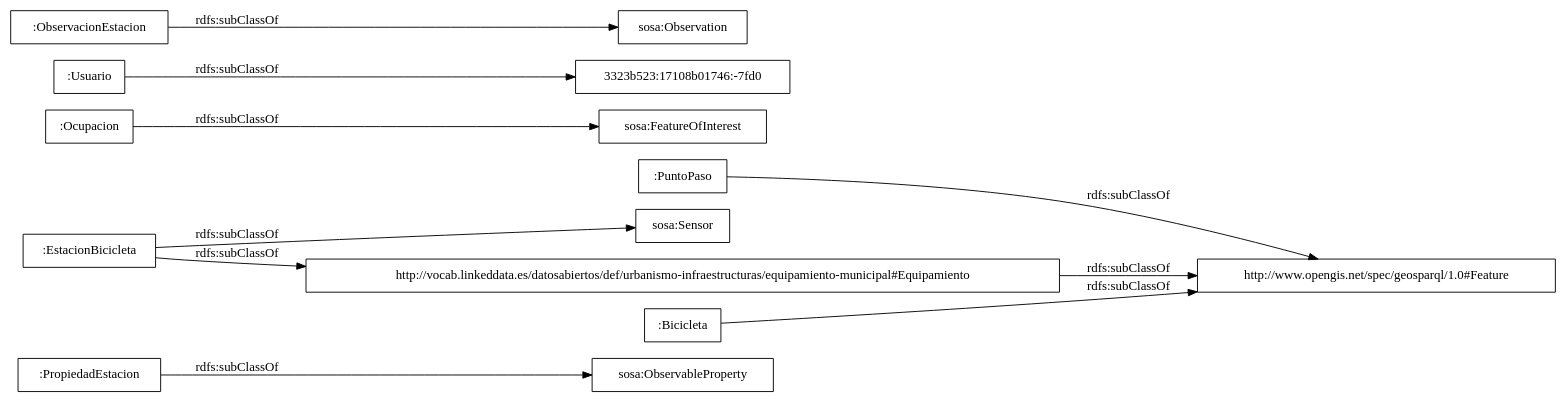
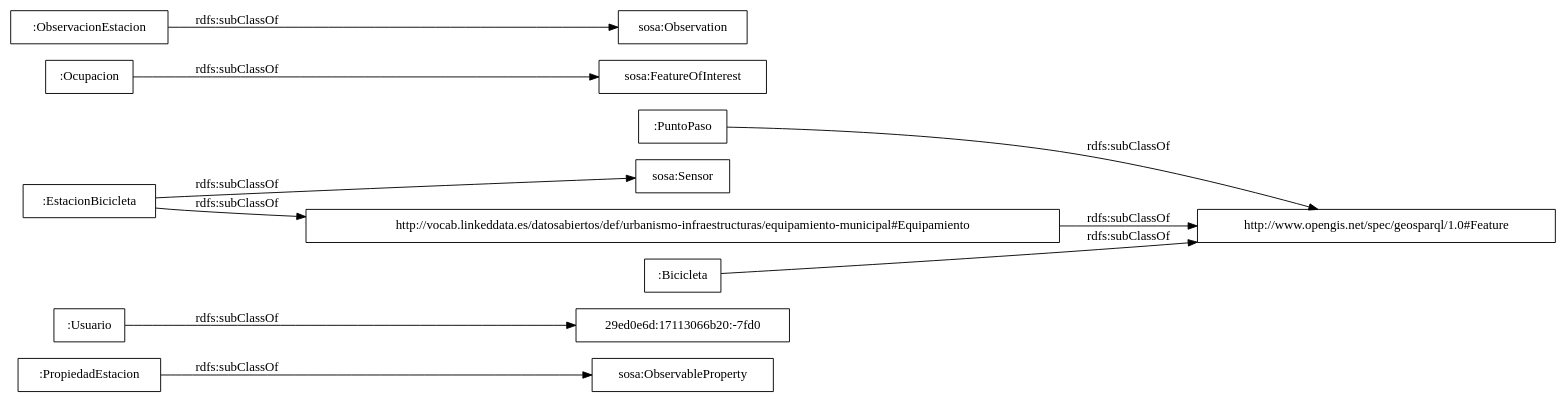
Before and after one commit to leticiarubalcabadg/vocab-transporte-bicicleta-publica: the diagram in OnToology/Ontology/bicicleta-publica.owl/diagrams/ar2dtool-taxonomy/bicicleta-publica.owl.png.dot, drawn with Graphviz. The commit also changed 11 other files, not shown here.

```diff
--- a/OnToology/Ontology/bicicleta-publica.owl/diagrams/ar2dtool-taxonomy/bicicleta-publica.owl.png.dot
+++ b/OnToology/Ontology/bicicleta-publica.owl/diagrams/ar2dtool-taxonomy/bicicleta-publica.owl.png.dot
@@ -1,15 +1,15 @@
 digraph ar2dtool_diagram { 
 rankdir=LR;
 size="1000"
-node [shape = rectangle, color="black"]; ":PropiedadEstacion" ":PuntoPaso" "sosa:ObservableProperty" "sosa:FeatureOfInterest" ":Usuario" ":Ocupacion" "sosa:Observation" "3323b523:17108b01746:-7fd0" "sosa:Sensor" "http://vocab.linkeddata.es/datosabiertos/def/urbanismo-infraestructuras/equipamiento-municipal#Equipamiento" ":EstacionBicicleta" ":ObservacionEstacion" ":Bicicleta" "http://www.opengis.net/spec/geosparql/1.0#Feature" ; /*classes style*/
+node [shape = rectangle, color="black"]; ":PropiedadEstacion" "29ed0e6d:17113066b20:-7fd0" ":PuntoPaso" "sosa:ObservableProperty" "sosa:FeatureOfInterest" ":Usuario" ":Ocupacion" "sosa:Observation" "sosa:Sensor" "http://vocab.linkeddata.es/datosabiertos/def/urbanismo-infraestructuras/equipamiento-municipal#Equipamiento" ":EstacionBicicleta" ":ObservacionEstacion" ":Bicicleta" "http://www.opengis.net/spec/geosparql/1.0#Feature" ; /*classes style*/
 	"http://vocab.linkeddata.es/datosabiertos/def/urbanismo-infraestructuras/equipamiento-municipal#Equipamiento" -> "http://www.opengis.net/spec/geosparql/1.0#Feature" [ label = "rdfs:subClassOf" ];
 	":EstacionBicicleta" -> "http://vocab.linkeddata.es/datosabiertos/def/urbanismo-infraestructuras/equipamiento-municipal#Equipamiento" [ label = "rdfs:subClassOf" ];
 	":EstacionBicicleta" -> "sosa:Sensor" [ label = "rdfs:subClassOf" ];
-	":Usuario" -> "3323b523:17108b01746:-7fd0" [ label = "rdfs:subClassOf" ];
+	":Usuario" -> "29ed0e6d:17113066b20:-7fd0" [ label = "rdfs:subClassOf" ];
 	":Bicicleta" -> "http://www.opengis.net/spec/geosparql/1.0#Feature" [ label = "rdfs:subClassOf" ];
 	":PuntoPaso" -> "http://www.opengis.net/spec/geosparql/1.0#Feature" [ label = "rdfs:subClassOf" ];
 	":Ocupacion" -> "sosa:FeatureOfInterest" [ label = "rdfs:subClassOf" ];
 	":PropiedadEstacion" -> "sosa:ObservableProperty" [ label = "rdfs:subClassOf" ];
 	":ObservacionEstacion" -> "sosa:Observation" [ label = "rdfs:subClassOf" ];
 
 }
```
